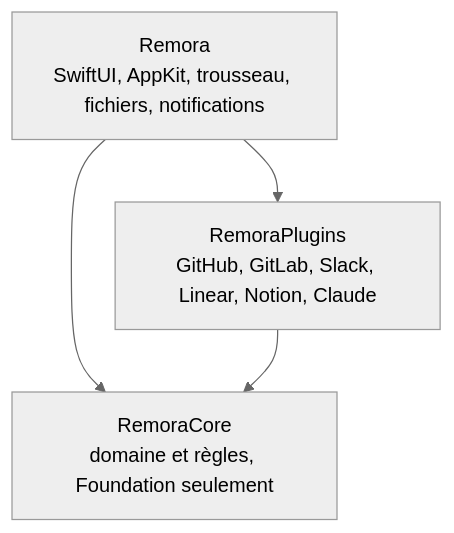
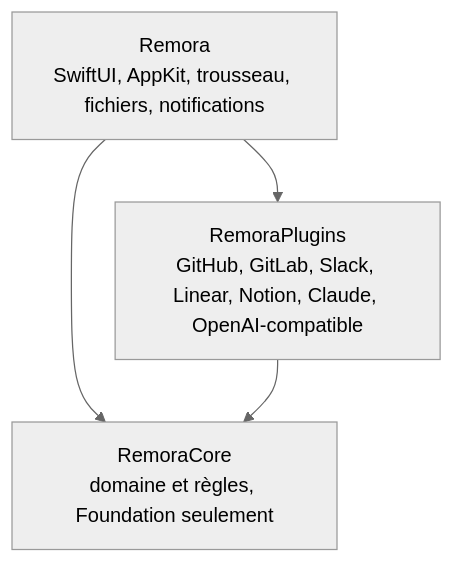
One commit to iGitScor/triage changed the diagram in docs/fr/developper/index.md. Above: the diagram before and after it, drawn with Mermaid (neutral theme). The commit also changed 51 other files, not shown here.

````diff
--- a/docs/fr/developper/index.md
+++ b/docs/fr/developper/index.md
@@ -12,6 +12,6 @@
 ```mermaid
 flowchart TB
-  App["Remora<br/>SwiftUI, AppKit, trousseau, fichiers, notifications"] --> Plugins["RemoraPlugins<br/>GitHub, GitLab, Slack, Linear, Notion, Claude"]
+  App["Remora<br/>SwiftUI, AppKit, trousseau, fichiers, notifications"] --> Plugins["RemoraPlugins<br/>GitHub, GitLab, Slack, Linear, Notion, Claude, OpenAI-compatible"]
   App --> Core["RemoraCore<br/>domaine et règles, Foundation seulement"]
   Plugins --> Core
 ```
````
